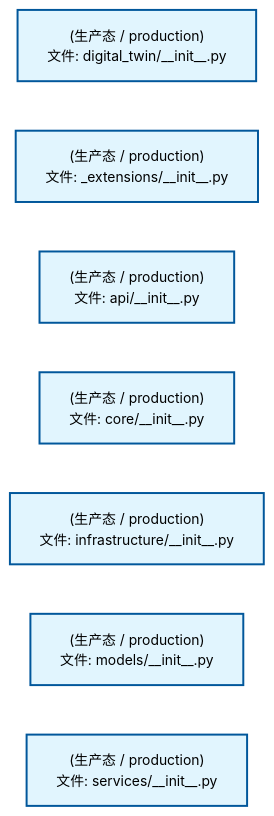
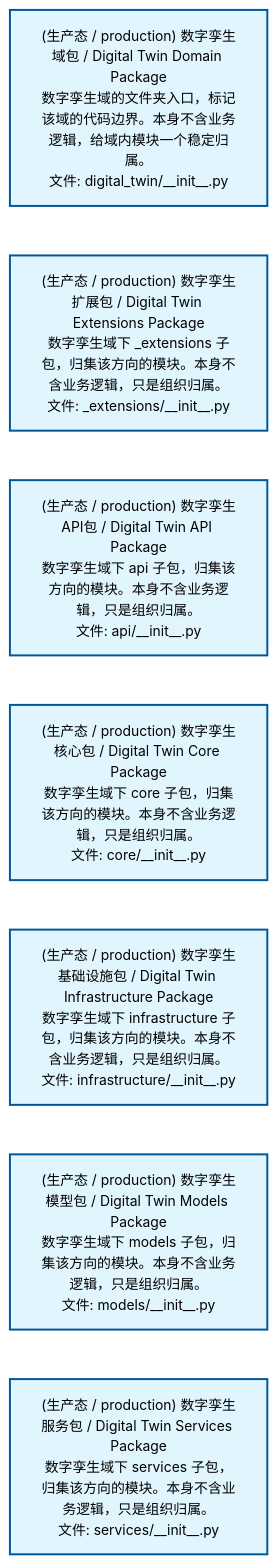
The diagram in docs/02_enterprise_architecture/02_domain_architecture_docs/42_d_digital_twin.md (xuanFelixVan/ZephyrAlpha), drawn with Mermaid before and after one commit. The commit also changed 54 other files, not shown here.

````diff
--- a/docs/02_enterprise_architecture/02_domain_architecture_docs/42_d_digital_twin.md
+++ b/docs/02_enterprise_architecture/02_domain_architecture_docs/42_d_digital_twin.md
@@ -53,22 +53,22 @@
 ```mermaid
 %%{init: {'theme': 'base', 'themeVariables': {'primaryColor': '#eaeaea', 'primaryTextColor': '#333333', 'primaryBorderColor': '#666666', 'lineColor': '#666666', 'secondaryColor': '#eaeaea', 'tertiaryColor': '#eaeaea', 'fontSize': '14px'}}}%%
 flowchart TD
-    src_zephyr_digital_twin_init_py["(生产态 / production)<br/>文件: digital_twin/__init__.py"]
-    src_zephyr_digital_twin_extensions_init_py["(生产态 / production)<br/>文件: _extensions/__init__.py"]
-    src_zephyr_digital_twin_api_init_py["(生产态 / production)<br/>文件: api/__init__.py"]
-    src_zephyr_digital_twin_core_init_py["(生产态 / production)<br/>文件: core/__init__.py"]
-    src_zephyr_digital_twin_infrastructure_init_py["(生产态 / production)<br/>文件: infrastructure/__init__.py"]
-    src_zephyr_digital_twin_models_init_py["(生产态 / production)<br/>文件: models/__init__.py"]
-    src_zephyr_digital_twin_services_init_py["(生产态 / production)<br/>文件: services/__init__.py"]
+    src_zephyr_digital_twin_init_py["(生产态 / production) 数字孪生域包 / Digital Twin Domain Package<br/>数字孪生域的文件夹入口，标记该域的代码边界。本身不含业务逻辑，给域内模块一个稳定归属。<br/>文件: digital_twin/__init__.py"]
+    src_zephyr_digital_twin_extensions_init_py["(生产态 / production) 数字孪生扩展包 / Digital Twin Extensions Package<br/>数字孪生域下 _extensions 子包，归集该方向的模块。本身不含业务逻辑，只是组织归属。<br/>文件: _extensions/__init__.py"]
+    src_zephyr_digital_twin_api_init_py["(生产态 / production) 数字孪生API包 / Digital Twin API Package<br/>数字孪生域下 api 子包，归集该方向的模块。本身不含业务逻辑，只是组织归属。<br/>文件: api/__init__.py"]
+    src_zephyr_digital_twin_core_init_py["(生产态 / production) 数字孪生核心包 / Digital Twin Core Package<br/>数字孪生域下 core 子包，归集该方向的模块。本身不含业务逻辑，只是组织归属。<br/>文件: core/__init__.py"]
+    src_zephyr_digital_twin_infrastructure_init_py["(生产态 / production) 数字孪生基础设施包 / Digital Twin Infrastructure Package<br/>数字孪生域下 infrastructure 子包，归集该方向的模块。本身不含业务逻辑，只是组织归属。<br/>文件: infrastructure/__init__.py"]
+    src_zephyr_digital_twin_models_init_py["(生产态 / production) 数字孪生模型包 / Digital Twin Models Package<br/>数字孪生域下 models 子包，归集该方向的模块。本身不含业务逻辑，只是组织归属。<br/>文件: models/__init__.py"]
+    src_zephyr_digital_twin_services_init_py["(生产态 / production) 数字孪生服务包 / Digital Twin Services Package<br/>数字孪生域下 services 子包，归集该方向的模块。本身不含业务逻辑，只是组织归属。<br/>文件: services/__init__.py"]
     src_zephyr_digital_twin_init_py ~~~ src_zephyr_digital_twin_extensions_init_py
     src_zephyr_digital_twin_extensions_init_py ~~~ src_zephyr_digital_twin_api_init_py
     src_zephyr_digital_twin_api_init_py ~~~ src_zephyr_digital_twin_core_init_py
     src_zephyr_digital_twin_core_init_py ~~~ src_zephyr_digital_twin_infrastructure_init_py
     src_zephyr_digital_twin_infrastructure_init_py ~~~ src_zephyr_digital_twin_models_init_py
     src_zephyr_digital_twin_models_init_py ~~~ src_zephyr_digital_twin_services_init_py
     classDef production fill:#e1f5fe,stroke:#01579b,stroke-width:2px,color:#000
     classDef design fill:#fff3e0,stroke:#e65100,stroke-width:2px,color:#000,stroke-dasharray: 5 5
     classDef external_prod fill:#e8f4fd,stroke:#0277bd,stroke-width:1px,color:#000
     classDef external_design fill:#fff8e7,stroke:#ef6c00,stroke-width:1px,color:#000,stroke-dasharray: 5 5
     class src_zephyr_digital_twin_init_py,src_zephyr_digital_twin_extensions_init_py,src_zephyr_digital_twin_api_init_py,src_zephyr_digital_twin_core_init_py,src_zephyr_digital_twin_infrastructure_init_py,src_zephyr_digital_twin_models_init_py,src_zephyr_digital_twin_services_init_py production
 ```
````
